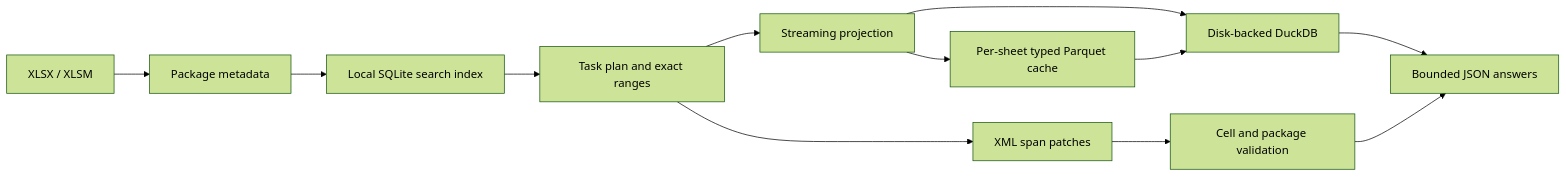
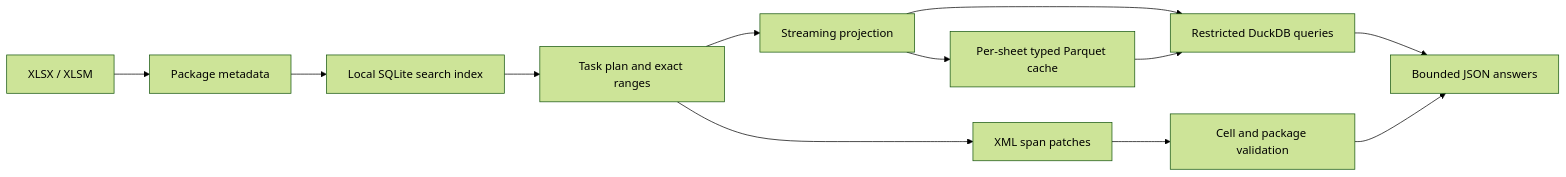
The diagram in docs/architecture.md (Chris-LongZeyan/SheetJet-dev), drawn with Mermaid (forest theme) before and after one commit. The commit also changed other lines of this file and 20 other files, not shown here.

````diff
--- a/docs/architecture.md
+++ b/docs/architecture.md
@@ -3,14 +3,14 @@
 ```mermaid
 flowchart LR
     A[XLSX / XLSM] --> B[Package metadata]
     B --> C[Local SQLite search index]
     C --> D[Task plan and exact ranges]
     D --> E[Streaming projection]
-    E --> F[Disk-backed DuckDB]
+    E --> F[Restricted DuckDB queries]
     E --> J[Per-sheet typed Parquet cache]
     J --> F
     D --> G[XML span patches]
     G --> H[Cell and package validation]
     F --> I[Bounded JSON answers]
     H --> I
 ```
````
